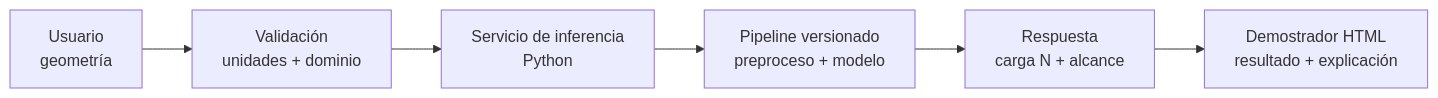
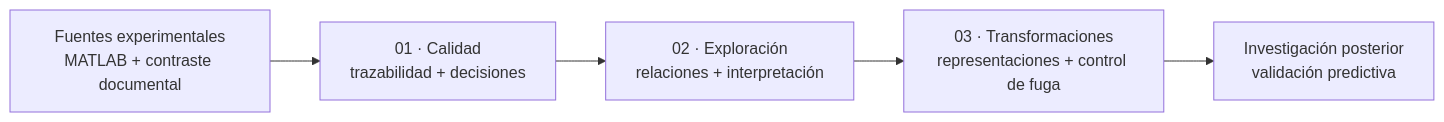
The diagram in README.md (melissaaylasb-sudo/T02_MIA14_SeccionB), drawn with Mermaid before and after one commit. The commit also changed other lines of this file and 229 other files, not shown here.

````diff
--- a/README.md
+++ b/README.md
@@ -263,8 +79,7 @@
 ```mermaid
 flowchart LR
-    U["Usuario<br/>geometría"] --> V["Validación<br/>unidades + dominio"]
-    V --> API["Servicio de inferencia<br/>Python"]
-    API --> M["Pipeline versionado<br/>preproceso + modelo"]
-    M --> R["Respuesta<br/>carga N + alcance"]
-    R --> UI["Demostrador HTML<br/>resultado + explicación"]
+    A["Fuentes experimentales<br/>MATLAB + contraste documental"] --> B["01 · Calidad<br/>trazabilidad + decisiones"]
+    B --> C["02 · Exploración<br/>relaciones + interpretación"]
+    C --> D["03 · Transformaciones<br/>representaciones + control de fuga"]
+    D --> E["Investigación posterior<br/>validación predictiva"]
 ```
````
